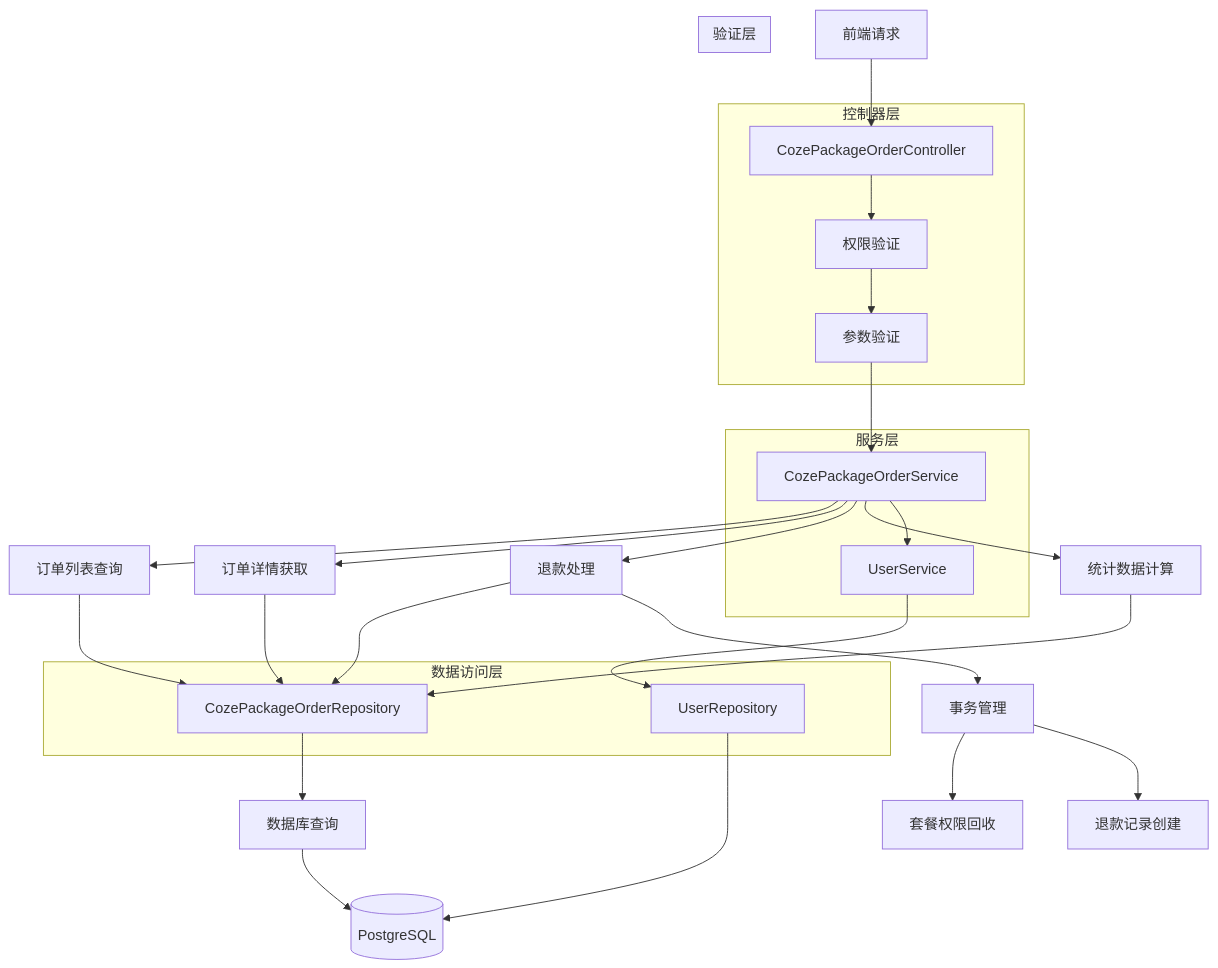
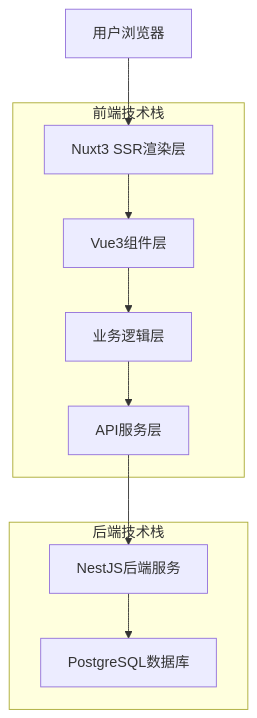
The first of 5 diagrams in .trae/documents/BuildingAI Coze套餐订单页面技术架构文档.md (lypzcgf/BuildingAI), drawn with Mermaid before and after one commit. The commit also changed other lines of this file and 29 other files, not shown here.

````diff
--- a/.trae/documents/BuildingAI Coze套餐订单页面技术架构文档.md
+++ b/.trae/documents/BuildingAI Coze套餐订单页面技术架构文档.md
@@ -238,49 +8,21 @@
 ```mermaid
-flowchart TD
-    A[前端请求] --> B[CozePackageOrderController]
-    B --> C[权限验证]
-    C --> D[参数验证]
-    D --> E[CozePackageOrderService]
+graph TD
+    A[用户浏览器] --> B[Nuxt3 SSR渲染层]
+    B --> C[Vue3组件层]
+    C --> D[业务逻辑层]
+    D --> E[API服务层]
+    E --> F[NestJS后端服务]
+    F --> G[PostgreSQL数据库]
     
-    E --> F[订单列表查询]
-    E --> G[订单详情获取]
-    E --> H[退款处理]
-    E --> I[统计数据计算]
-    
-    F --> J[CozePackageOrderRepository]
-    G --> J
-    H --> J
-    I --> J
-    
-    J --> K[数据库查询]
-    K --> L[(PostgreSQL)]
-    
-    E --> M[UserService]
-    M --> N[UserRepository]
-    N --> L
-    
-    H --> O[事务管理]
-    O --> P[套餐权限回收]
-    O --> Q[退款记录创建]
-    
-    subgraph "控制器层"
+    subgraph "前端技术栈"
         B
         C
         D
+        E
     end
     
-    subgraph "服务层"
-        E
-        M
-    end
-    
-    subgraph "数据访问层"
-        J
-        N
-    end
-    
-    subgraph "验证层"
-        C
-        D
+    subgraph "后端技术栈"
+        F
+        G
     end
 ```
````
